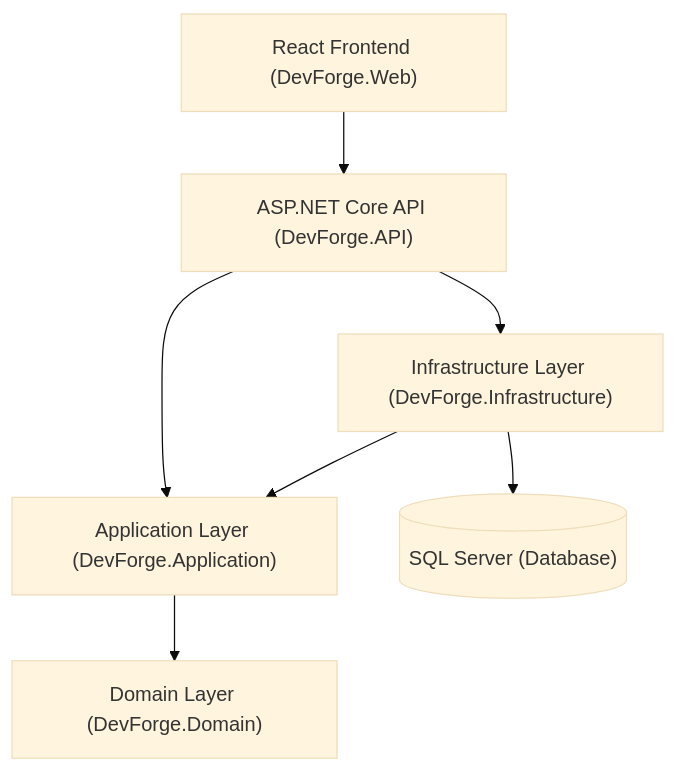
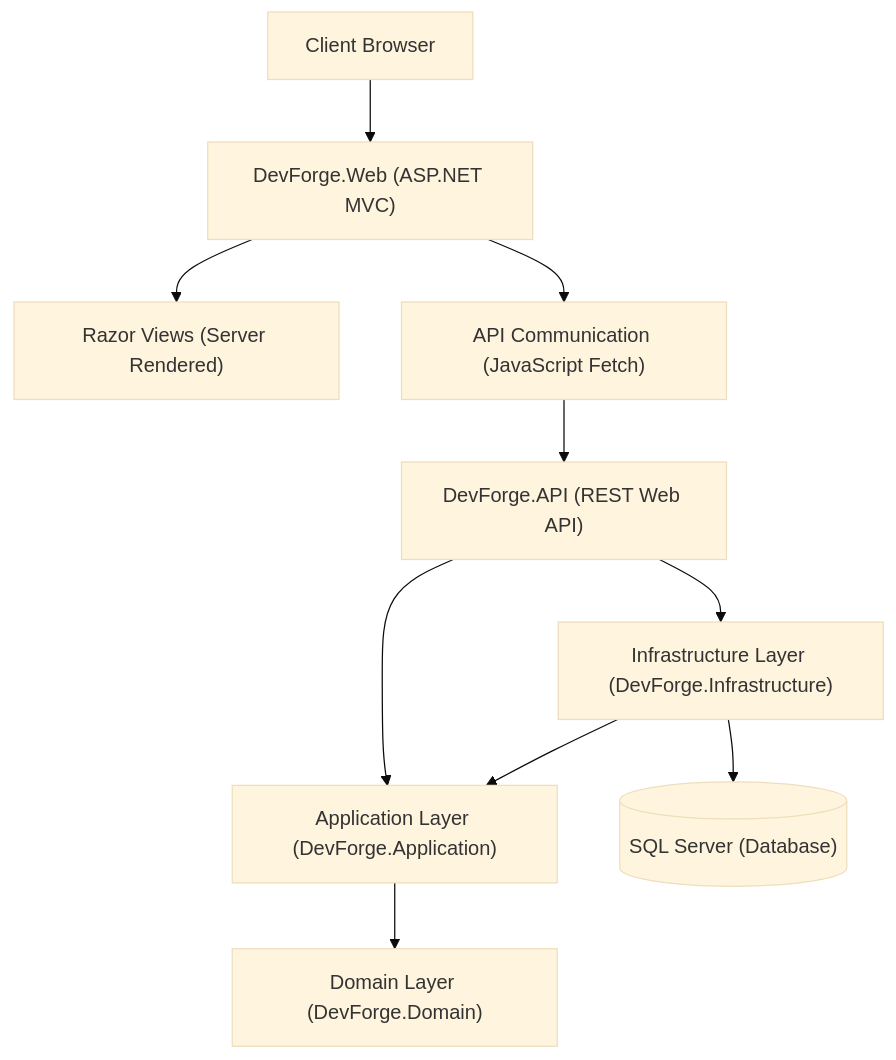
The diagram in docs/architecture/README.md (Thamim03/DevForge), drawn with Mermaid (base theme) before and after one commit. The commit also changed other lines of this file and 1 other file, not shown here.

Commit message:
docs: update architecture and technology documentation

````diff
--- a/docs/architecture/README.md
+++ b/docs/architecture/README.md
@@ -11,16 +13,22 @@
 ```mermaid
 flowchart TD
-    Web["React Frontend (DevForge.Web)"]
-    API["ASP.NET Core API (DevForge.API)"]
+    Browser["Client Browser"]
+    Web["DevForge.Web (ASP.NET MVC)"]
+    RazorViews["Razor Views (Server Rendered)"]
+    APIComm["API Communication (JavaScript Fetch)"]
+    API["DevForge.API (REST Web API)"]
     App["Application Layer (DevForge.Application)"]
     Domain["Domain Layer (DevForge.Domain)"]
     Infra["Infrastructure Layer (DevForge.Infrastructure)"]
     DB[("SQL Server (Database)")]
 
-    Web --> API
+    Browser --> Web
+    Web --> RazorViews
+    Web --> APIComm
+    APIComm --> API
     API --> App
     App --> Domain
     API --> Infra
     Infra --> App
     Infra --> DB
 ```
````
